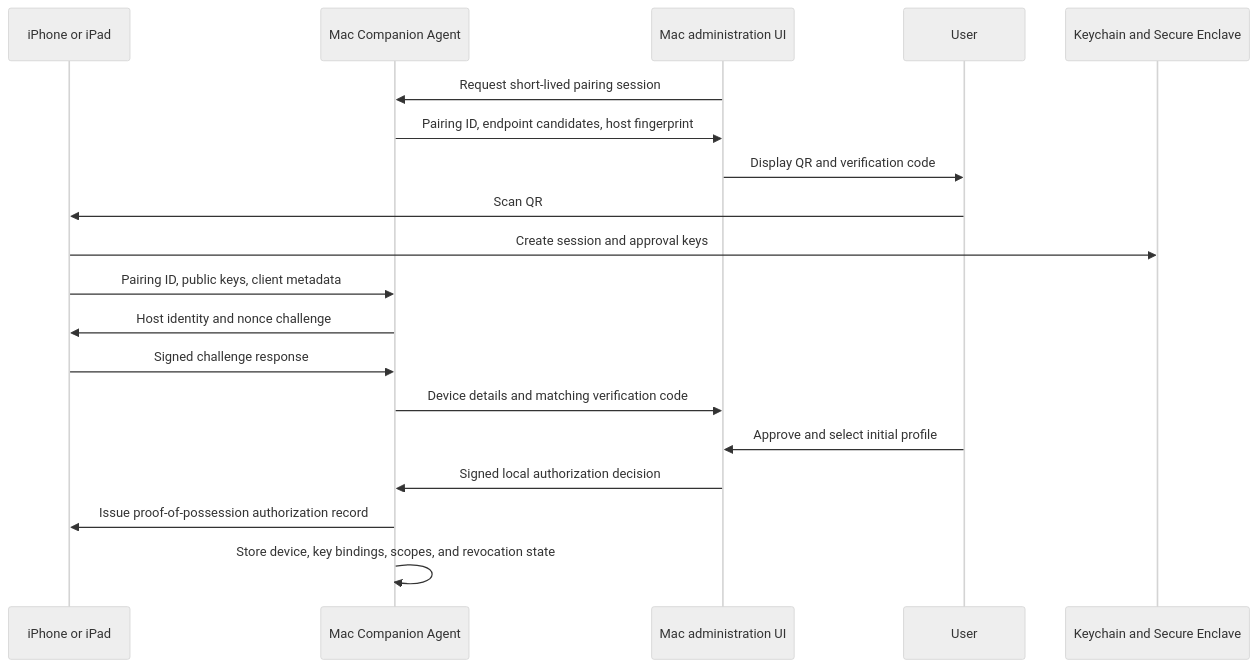
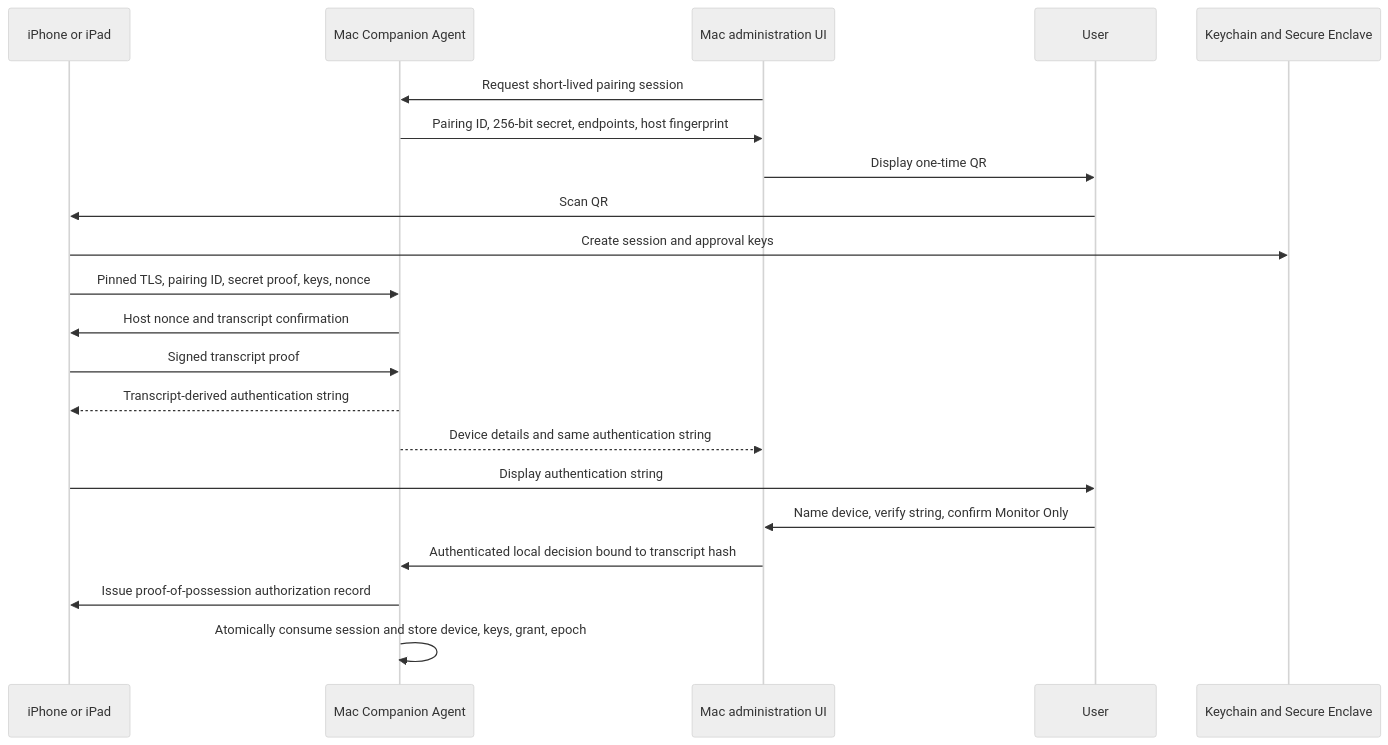
Before and after one commit to Jenny-Media/MacCompanion: the second of 2 diagrams in docs/architecture.md, drawn with Mermaid (neutral theme). The commit also changed other lines of this file and 13 other files, not shown here.

````diff
--- a/docs/architecture.md
+++ b/docs/architecture.md
@@ -205,22 +205,24 @@
 ```mermaid
 sequenceDiagram
     participant I as iPhone or iPad
     participant S as Mac Companion Agent
     participant M as Mac administration UI
     participant U as User
     participant K as Keychain and Secure Enclave
 
     M->>S: Request short-lived pairing session
-    S->>M: Pairing ID, endpoint candidates, host fingerprint
-    M->>U: Display QR and verification code
+    S->>M: Pairing ID, 256-bit secret, endpoints, host fingerprint
+    M->>U: Display one-time QR
     U->>I: Scan QR
     I->>K: Create session and approval keys
-    I->>S: Pairing ID, public keys, client metadata
-    S->>I: Host identity and nonce challenge
-    I->>S: Signed challenge response
-    S->>M: Device details and matching verification code
-    U->>M: Approve and select initial profile
-    M->>S: Signed local authorization decision
+    I->>S: Pinned TLS, pairing ID, secret proof, keys, nonce
+    S->>I: Host nonce and transcript confirmation
+    I->>S: Signed transcript proof
+    S-->>I: Transcript-derived authentication string
+    S-->>M: Device details and same authentication string
+    I->>U: Display authentication string
+    U->>M: Name device, verify string, confirm Monitor Only
+    M->>S: Authenticated local decision bound to transcript hash
     S->>I: Issue proof-of-possession authorization record
-    S->>S: Store device, key bindings, scopes, and revocation state
+    S->>S: Atomically consume session and store device, keys, grant, epoch
 ```
````
